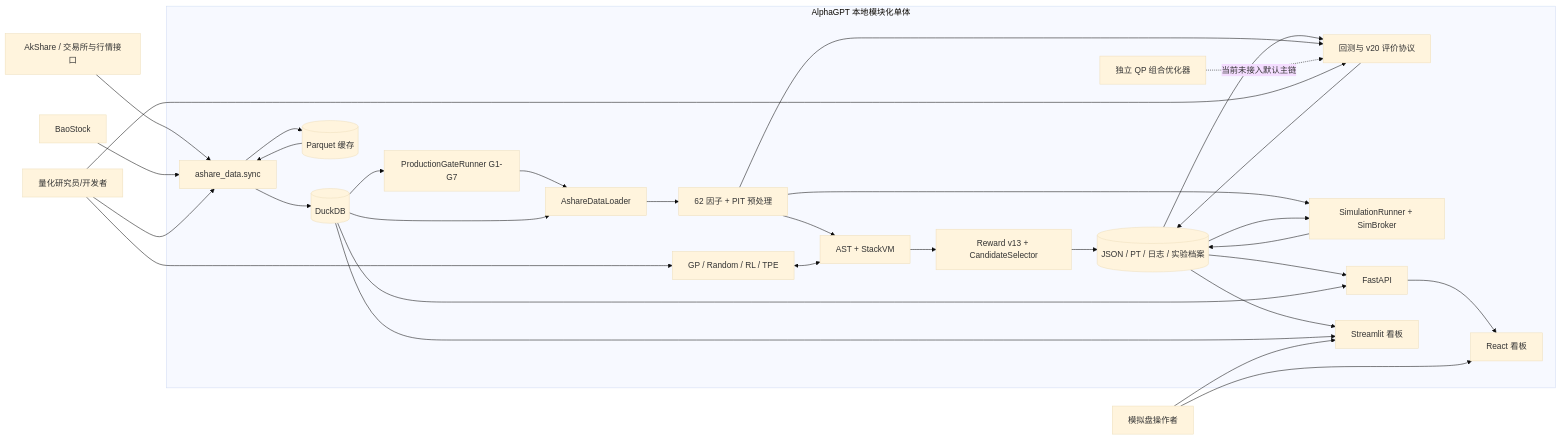
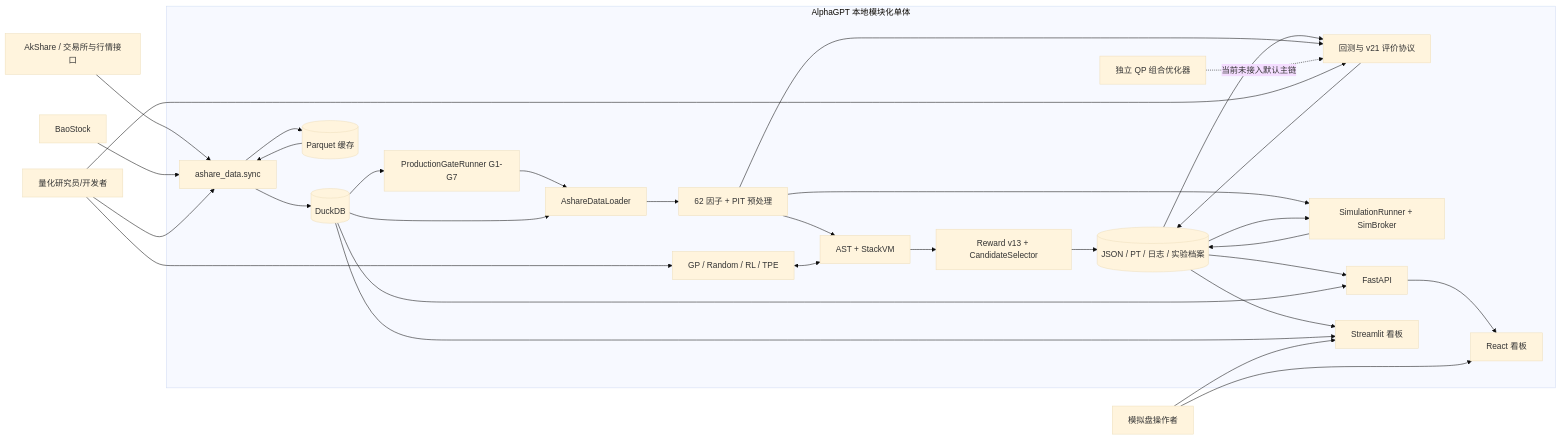
One commit to fanxxxks/N changed the first of 6 diagrams in docs/PROJECT_ONBOARDING.md. Above: the diagram before and after it, drawn with Mermaid (base theme). The commit also changed other lines of this file, not shown here.

```diff
--- a/docs/PROJECT_ONBOARDING.md
+++ b/docs/PROJECT_ONBOARDING.md
@@ -175,57 +188,57 @@
 ~~~mermaid
 flowchart LR
     Researcher[量化研究员/开发者]
     Operator[模拟盘操作者]
     AkShare[AkShare / 交易所与行情接口]
     BaoStock[BaoStock]
 
     subgraph AlphaGPT[AlphaGPT 本地模块化单体]
         Sync[ashare_data.sync]
         DB[(DuckDB)]
         PQ[(Parquet 缓存)]
         Gates[ProductionGateRunner G1-G7]
         Loader[AshareDataLoader]
         Factor[62 因子 + PIT 预处理]
         Search[GP / Random / RL / TPE]
         VM[AST + StackVM]
         Score[Reward v13 + CandidateSelector]
-        Backtest[回测与 v20 评价协议]
+        Backtest[回测与 v21 评价协议]
         Optimizer[独立 QP 组合优化器]
         Sim[SimulationRunner + SimBroker]
         Artifacts[(JSON / PT / 日志 / 实验档案)]
         API[FastAPI]
         React[React 看板]
         Streamlit[Streamlit 看板]
     end
 
     AkShare --> Sync
     BaoStock --> Sync
     Sync --> DB
     Sync --> PQ
     DB --> Gates
     Gates --> Loader
     DB --> Loader
     PQ --> Sync
     Loader --> Factor
     Factor --> VM
     Search <--> VM
     VM --> Score
     Score --> Artifacts
     Artifacts --> Backtest
     Factor --> Backtest
     Backtest --> Artifacts
     Factor --> Sim
     Artifacts --> Sim
     Sim --> Artifacts
     Optimizer -. 当前未接入默认主链 .-> Backtest
     Artifacts --> API
     DB --> API
     API --> React
     Artifacts --> Streamlit
     DB --> Streamlit
     Researcher --> Sync
     Researcher --> Search
     Researcher --> Backtest
     Operator --> React
     Operator --> Streamlit
 ~~~
```
